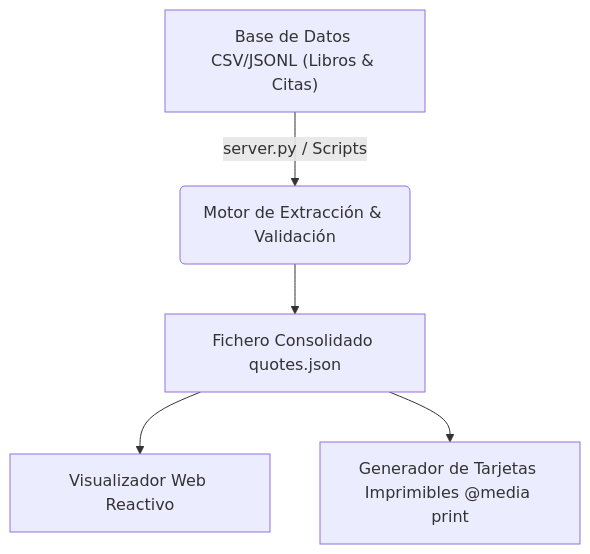
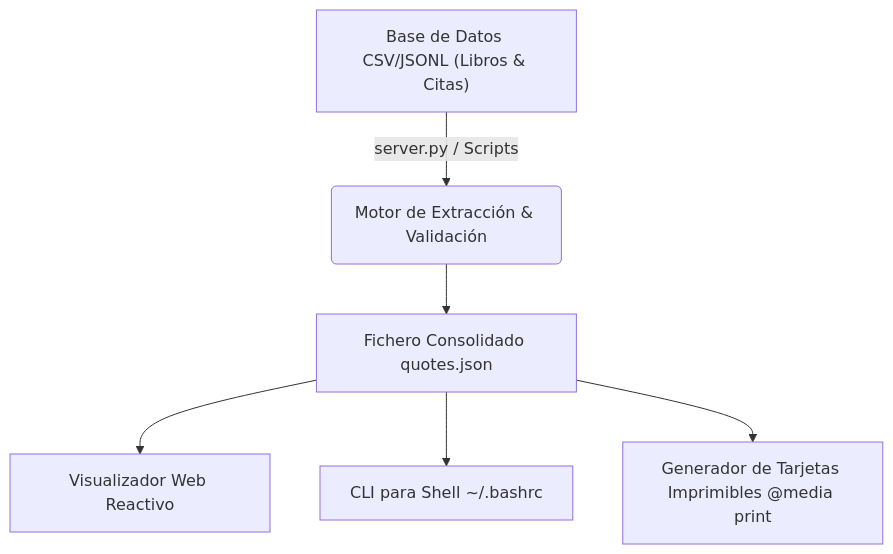
One commit to shellaquiles/shellaquiles-org changed the diagram in src/data/posts/frases-chingonas-sabiduria-tecnica-en-capsulas.md. Above: the diagram before and after it, drawn with Mermaid. The commit also changed other lines of this file and 21 other files, not shown here.

````diff
--- a/src/data/posts/frases-chingonas-sabiduria-tecnica-en-capsulas.md
+++ b/src/data/posts/frases-chingonas-sabiduria-tecnica-en-capsulas.md
@@ -40,7 +43,8 @@
 ```mermaid
 graph TD;
     A["Base de Datos CSV/JSONL (Libros & Citas)"] -->|server.py / Scripts| B(Motor de Extracción & Validación);
     B --> C[Fichero Consolidado quotes.json];
     C --> D[Visualizador Web Reactivo];
-    C --> E[Generador de Tarjetas Imprimibles @media print];
+    C --> E[CLI para Shell ~/.bashrc];
+    C --> F[Generador de Tarjetas Imprimibles @media print];
 ```
````
